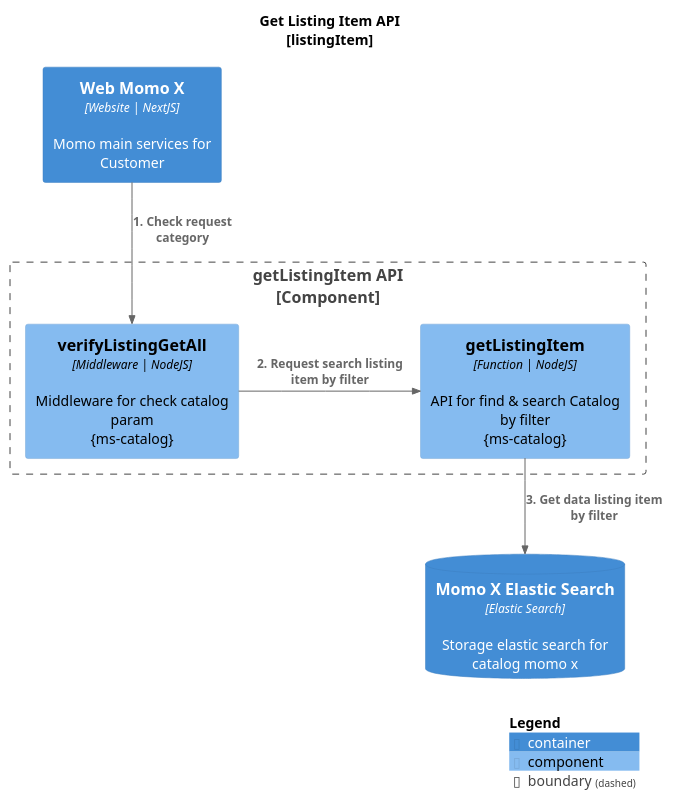
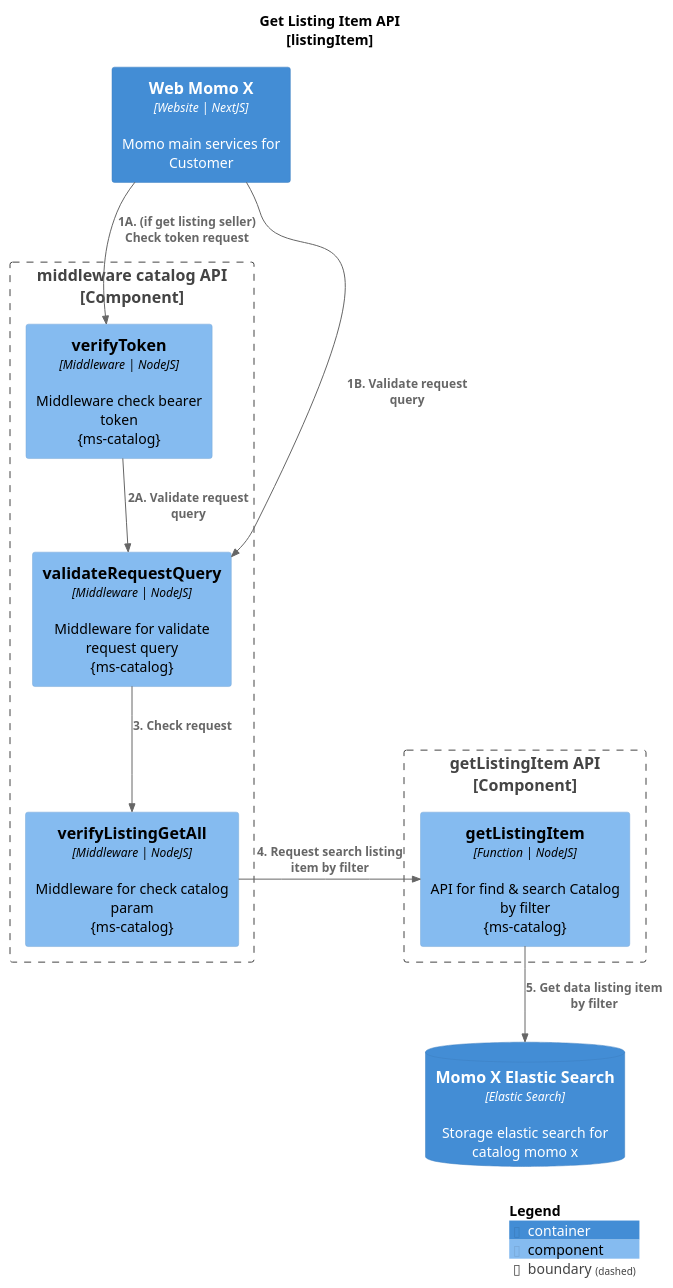
Before and after one commit to JoshAndreas/Project-C4-Diagram: the diagram in MomoX/ms-catalog/listingItem/getListingitem.puml, drawn with PlantUML. The commit also changed 52 other files, not shown here.

Commit message:
New C4 Diagram File for Auto X

```diff
--- a/MomoX/ms-catalog/listingItem/getListingitem.puml
+++ b/MomoX/ms-catalog/listingItem/getListingitem.puml
@@ -1,25 +1,35 @@
 @startuml
 !include https://raw.githubusercontent.com/plantuml-stdlib/C4-PlantUML/master/C4_Component.puml
 
 
 LAYOUT_WITH_LEGEND()
 title Get Listing Item API\n[listingItem]
 
     Container(web_momo_x, "Web Momo X", "Website | NextJS", "Momo main services for Customer")
+
+    Boundary(middleware, "middleware catalog API\n[Component]"){
+
+        Component(validate_query, "validateRequestQuery", "Middleware | NodeJS", "Middleware for validate request query\n{ms-catalog}")
+        Component(verify_token, "verifyToken", "Middleware | NodeJS", "Middleware check bearer token\n{ms-catalog}")
+        Component(catalog_middleware, "verifyListingGetAll", "Middleware | NodeJS", "Middleware for check catalog param\n{ms-catalog}")
+
+    }
     
     Boundary(api, "getListingItem API\n[Component]"){
-
-        Component(catalog_middleware, "verifyListingGetAll", "Middleware | NodeJS", "Middleware for check catalog param\n{ms-catalog}")
+        
         Component(getListingItem, "getListingItem", "Function | NodeJS", "API for find & search Catalog by filter\n{ms-catalog}")
 
     }
     ContainerDb(momo_x_elasticsearch, "Momo X Elastic Search", "Elastic Search", "Storage elastic search for catalog momo x")
 
 
-Rel_D(web_momo_x, catalog_middleware, "1. Check request category")
-Rel_R(catalog_middleware, getListingItem, "2. Request search listing item by filter")
-Rel_D(getListingItem, momo_x_elasticsearch, "3. Get data listing item by filter")
+Rel_D(web_momo_x, verify_token, "1A. (if get listing seller) Check token request")
+Rel_D(web_momo_x, validate_query, "1B. Validate request query")
+Rel_D(verify_token, validate_query, "2A. Validate request query")
+Rel_D(validate_query, catalog_middleware, "3. Check request")
+Rel_R(catalog_middleware, getListingItem, "4. Request search listing item by filter")
+Rel_D(getListingItem, momo_x_elasticsearch, "5. Get data listing item by filter")
 
 
 SHOW_LEGEND()
 @enduml
```
